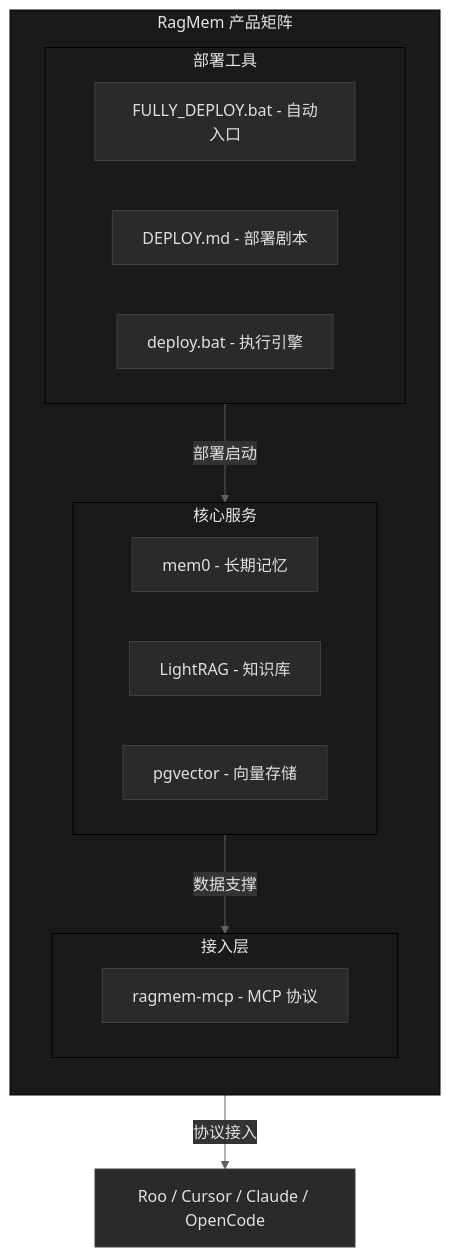
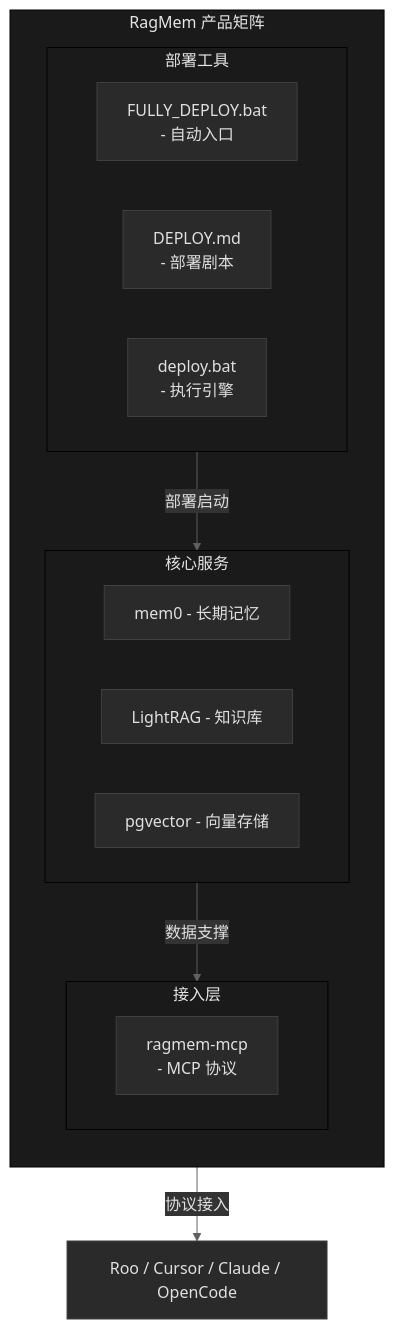
Before and after one commit to BakaAkari/AgentCore-Unity: the first of 3 diagrams in docs/01_RagMem-Product-Overview.md, drawn with Mermaid. The commit also changed 1 other file, not shown here.

````diff
--- a/docs/01_RagMem-Product-Overview.md
+++ b/docs/01_RagMem-Product-Overview.md
@@ -7,39 +7,42 @@
 ```mermaid
 %%{init: {
   'theme': 'base',
   'themeVariables': {
     'primaryColor': '#2a2a2a',
     'primaryTextColor': '#e0e0e0',
     'primaryBorderColor': '#404040',
     'lineColor': '#606060',
     'secondaryColor': '#333333',
     'tertiaryColor': '#1a1a1a',
     'fontFamily': 'system-ui',
     'fontSize': '16px'
   }
 } }%%
 flowchart TB
     subgraph RagMem["RagMem 产品矩阵"]
         direction TB
         
         subgraph Tier1["核心服务"]
             T1["mem0 - 长期记忆"]
             T2["LightRAG - 知识库"]
             T3["pgvector - 向量存储"]
         end
         
         subgraph Tier2["接入层"]
-            S1["ragmem-mcp - MCP 协议"]
+            S1["ragmem-mcp<br/>- MCP 协议"]
         end
         
         subgraph Tier3["部署工具"]
-            L1["FULLY_DEPLOY.bat - 自动入口"]
-            L2["DEPLOY.md - 部署剧本"]
-            L3["deploy.bat - 执行引擎"]
+            L1["FULLY_DEPLOY.bat<br/>- 自动入口"]
+            L2["DEPLOY.md<br/>- 部署剧本"]
+            L3["deploy.bat<br/>- 执行引擎"]
         end
     end
     
     Tier1 -->|数据支撑| Tier2
     Tier2 -->|协议接入| R1["Roo / Cursor / Claude / OpenCode"]
     Tier3 -->|部署启动| Tier1
+
+    classDef wideNode min-width:300px;
+    class L1,L2,L3 wideNode
 ```
````
